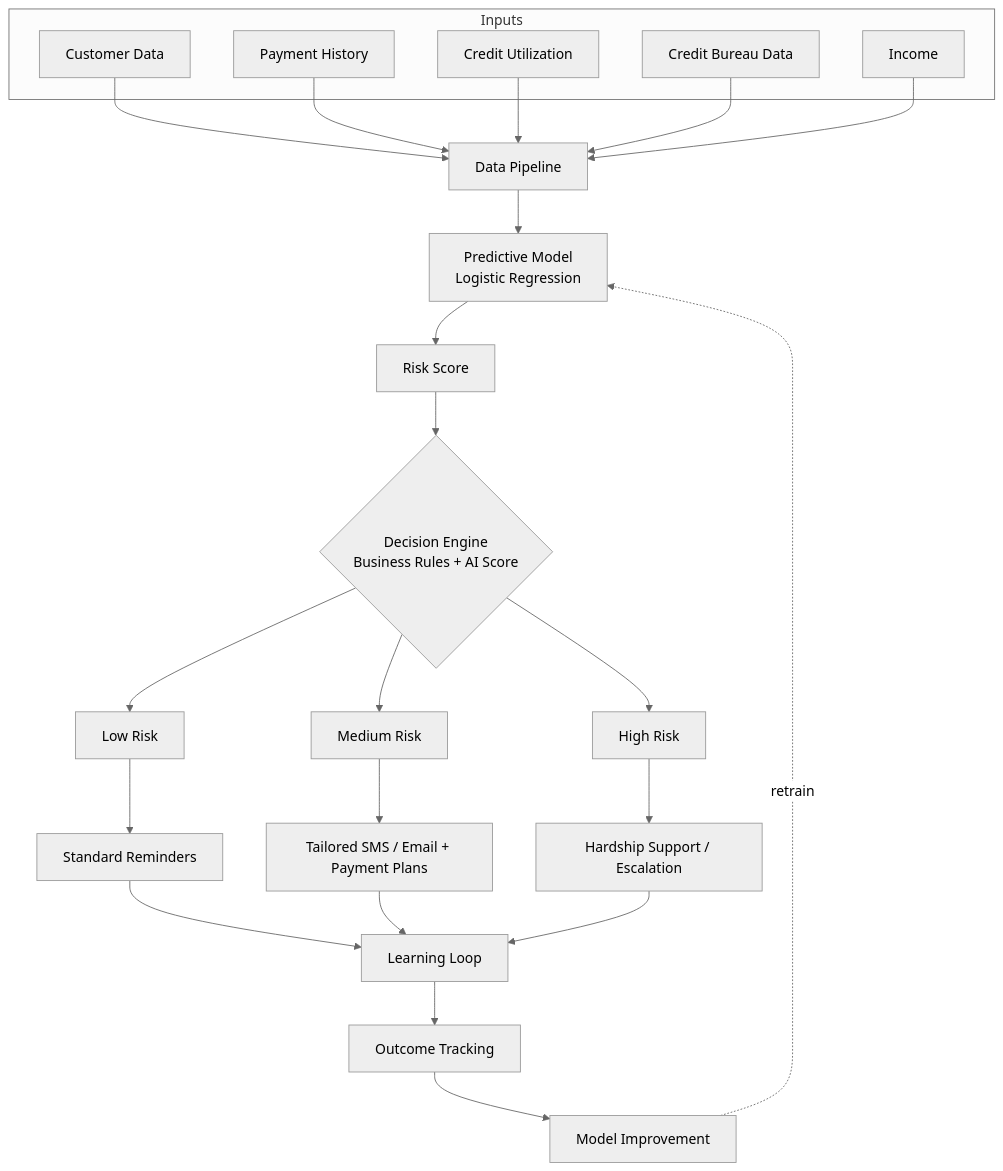
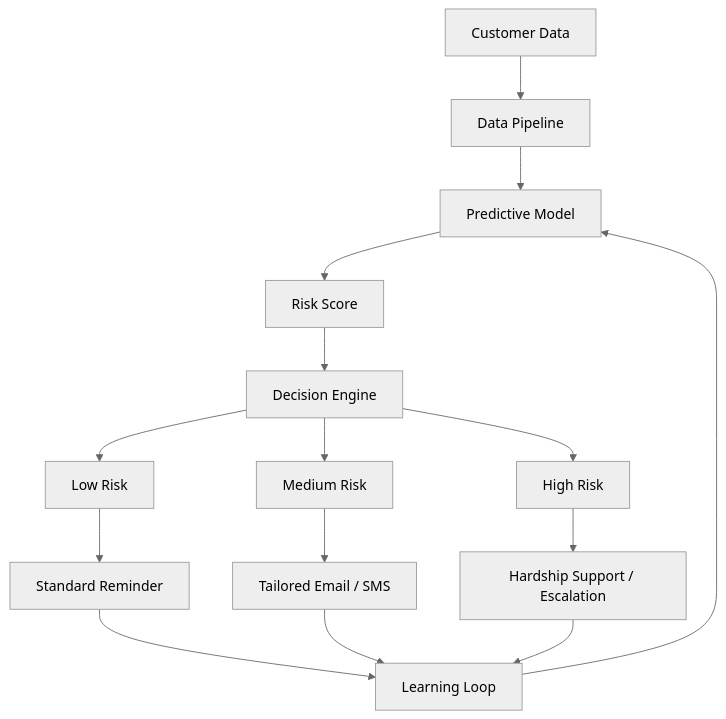
The second of 2 diagrams in README.md (lalitpurohit221204/Tata-GenAI-Credit-Card-Delinquency-Prediction), drawn with Mermaid (neutral theme) before and after one commit. The commit also changed other lines of this file, not shown here.

````diff
--- a/README.md
+++ b/README.md
@@ -84,27 +95,34 @@
 ```mermaid
 flowchart TD
-    subgraph Inputs
-        A1[Customer Data]
-        A2[Payment History]
-        A3[Credit Utilization]
-        A4[Credit Bureau Data]
-        A5[Income]
-    end
 
-    A1 & A2 & A3 & A4 & A5 --> B[Data Pipeline]
-    B --> C[Predictive Model<br/>Logistic Regression]
-    C --> D[Risk Score]
-    D --> E{Decision Engine<br/>Business Rules + AI Score}
-    E --> F1[Low Risk]
-    E --> F2[Medium Risk]
-    E --> F3[High Risk]
+CustomerData[Customer Data]
+-->Pipeline[Data Pipeline]
 
-    F1 --> G1[Standard Reminders]
-    F2 --> G2[Tailored SMS / Email + Payment Plans]
-    F3 --> G3[Hardship Support / Escalation]
+Pipeline-->Model[Predictive Model]
 
-    G1 & G2 & G3 --> H[Learning Loop]
-    H --> I[Outcome Tracking]
-    I --> J[Model Improvement]
-    J -.retrain.-> C
+Model-->RiskScore[Risk Score]
+
+RiskScore-->Decision[Decision Engine]
+
+Decision-->Low[Low Risk]
+
+Decision-->Medium[Medium Risk]
+
+Decision-->High[High Risk]
+
+Low-->Reminder[Standard Reminder]
+
+Medium-->Email[Tailored Email / SMS]
+
+High-->Support[Hardship Support / Escalation]
+
+Reminder-->Learning
+
+Email-->Learning
+
+Support-->Learning
+
+Learning[Learning Loop]
+
+Learning-->Model
 ```
````
